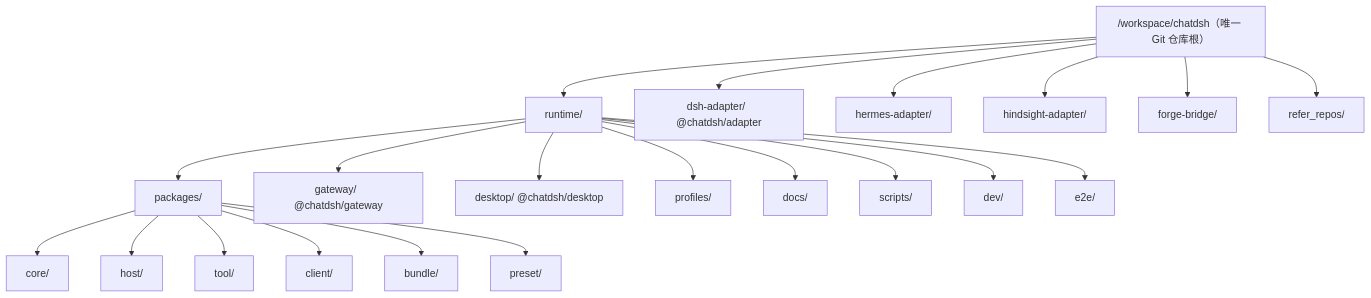
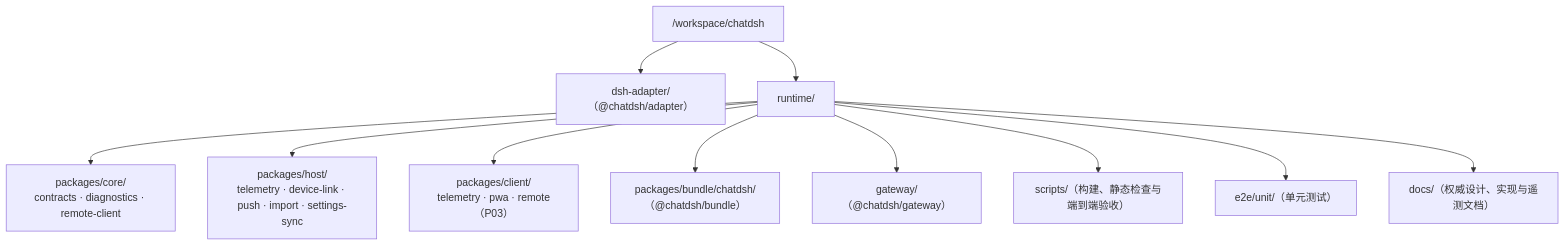
Before and after one commit to wenzetan/chatdsh: the second of 2 diagrams in runtime/docs/architecture.md, drawn with Mermaid. The commit also changed other lines of this file and 1777 other files, not shown here.

Commit message:
♻️ refactor: 收窄为官方 DSH 纯附加插件架构基线 / narrow the workspace to the append-only DSH plugin baseline

````diff
--- a/runtime/docs/architecture.md
+++ b/runtime/docs/architecture.md
@@ -190,24 +71,14 @@
 ```mermaid
 flowchart TB
-  ROOT["/workspace/chatdsh（唯一 Git 仓库根）"]
+  ROOT["/workspace/chatdsh"]
+  ROOT --> AD["dsh-adapter/（@chatdsh/adapter）"]
   ROOT --> RT["runtime/"]
-  ROOT --> AD["dsh-adapter/  @chatdsh/adapter"]
-  ROOT --> HA["hermes-adapter/"]
-  ROOT --> HI["hindsight-adapter/"]
-  ROOT --> FB["forge-bridge/"]
-  ROOT --> RR["refer_repos/"]
-  RT --> PK["packages/"]
-  RT --> GW["gateway/  @chatdsh/gateway"]
-  RT --> DT["desktop/  @chatdsh/desktop"]
-  RT --> PFD["profiles/"]
-  RT --> DOC["docs/"]
-  RT --> SCR["scripts/"]
-  RT --> DEV["dev/"]
-  RT --> E2E["e2e/"]
-  PK --> CORE["core/"]
-  PK --> HOST["host/"]
-  PK --> TOOL["tool/"]
-  PK --> CLIENT["client/"]
-  PK --> BUNDLE["bundle/"]
-  PK --> PRESET["preset/"]
+  RT --> CORE["packages/core/<br/>contracts · diagnostics · remote-client"]
+  RT --> HOST["packages/host/<br/>telemetry · device-link · push · import · settings-sync"]
+  RT --> CLIENT["packages/client/<br/>telemetry · pwa · remote（P03）"]
+  RT --> BUNDLE["packages/bundle/chatdsh/（@chatdsh/bundle）"]
+  RT --> GW["gateway/（@chatdsh/gateway）"]
+  RT --> SCR["scripts/（构建、静态检查与端到端验收）"]
+  RT --> E2E["e2e/unit/（单元测试）"]
+  RT --> DOC["docs/（权威设计、实现与遥测文档）"]
 ```
````
